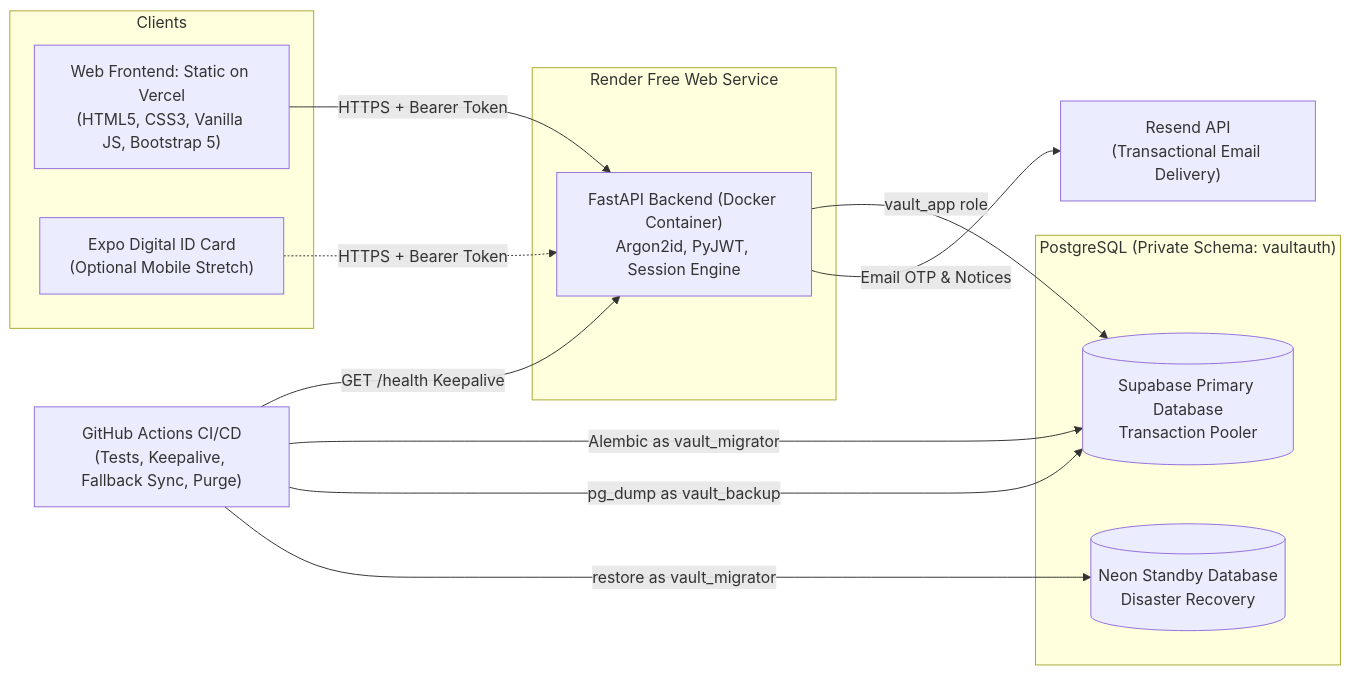
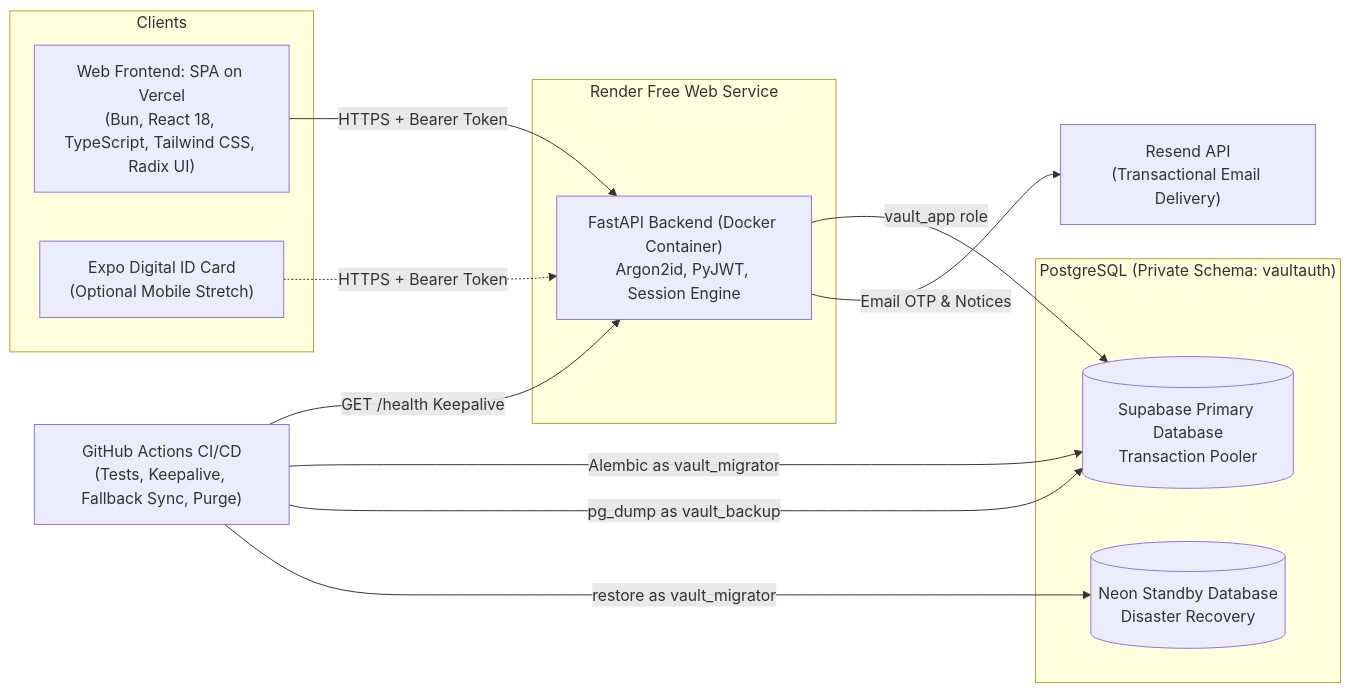
One commit to ABhardwaj28/vaultauth-frontend changed the first of 3 diagrams in docs/PRD_v2.0.md. Above: the diagram before and after it, drawn with Mermaid. The commit also changed other lines of this file and 2 other files, not shown here.

Commit message:
docs: update PRD v2.0 and README to reflect Bun + React 18 + Tailwind SPA architecture and compiled PDF

````diff
--- a/docs/PRD_v2.0.md
+++ b/docs/PRD_v2.0.md
@@ -135,28 +135,28 @@
 ```mermaid
 flowchart LR
     subgraph Clients["Clients"]
-        WEB["Web Frontend: Static on Vercel<br>(HTML5, CSS3, Vanilla JS, Bootstrap 5)"]
+        WEB["Web Frontend: SPA on Vercel<br>(Bun, React 18, TypeScript, Tailwind CSS, Radix UI)"]
         EXPO["Expo Digital ID Card<br>(Optional Mobile Stretch)"]
     end
 
     subgraph Hosting["Render Free Web Service"]
         API["FastAPI Backend (Docker Container)<br>Argon2id, PyJWT, Session Engine"]
     end
 
     subgraph Database["PostgreSQL (Private Schema: vaultauth)"]
         PRIMARY[("Supabase Primary Database<br>Transaction Pooler")]
         FALLBACK[("Neon Standby Database<br>Disaster Recovery")]
     end
 
     MAIL["Resend API<br>(Transactional Email Delivery)"]
     CI["GitHub Actions CI/CD<br>(Tests, Keepalive, Fallback Sync, Purge)"]
 
     WEB -->|"HTTPS + Bearer Token"| API
     EXPO -.->|"HTTPS + Bearer Token"| API
     API -->|"vault_app role"| PRIMARY
     API -->|"Email OTP & Notices"| MAIL
     CI -->|"GET /health Keepalive"| API
     CI -->|"Alembic as vault_migrator"| PRIMARY
     CI -->|"pg_dump as vault_backup"| PRIMARY
     CI -->|"restore as vault_migrator"| FALLBACK
 ```
````
